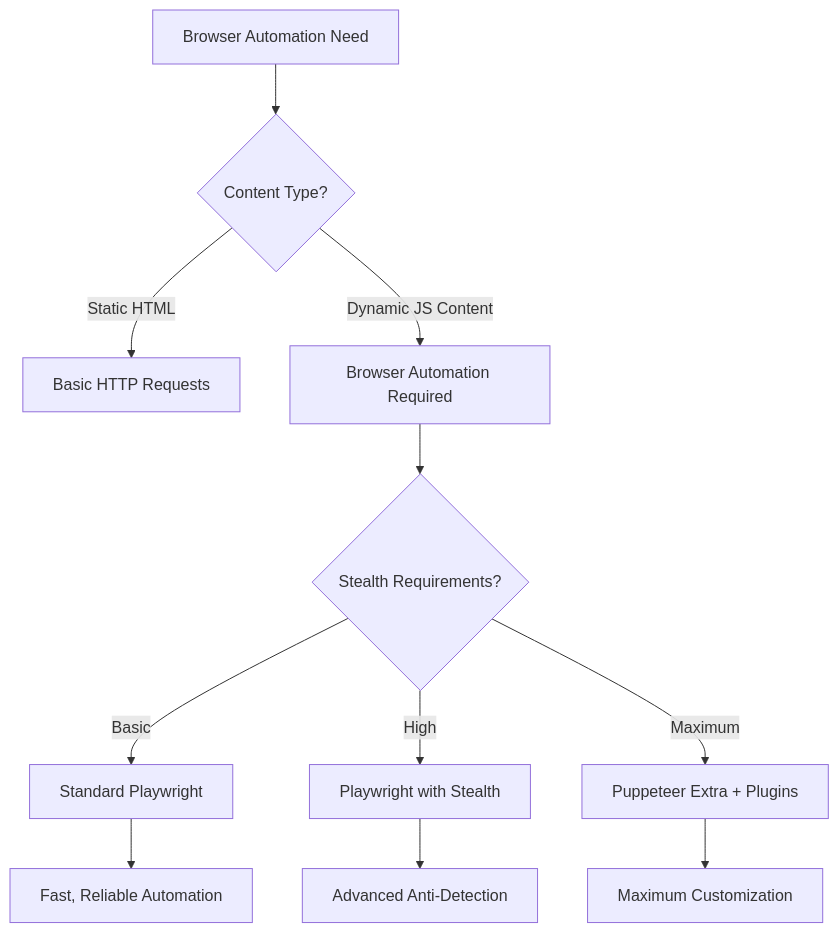
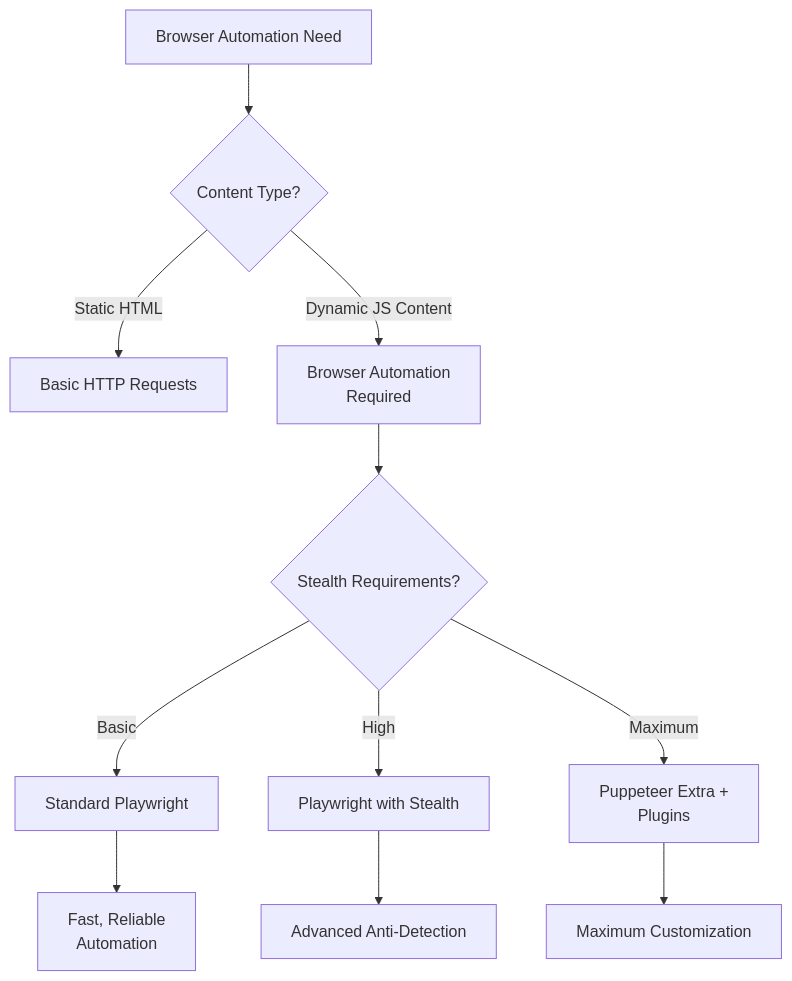
One commit to bytetunnels/bytetunnels.github.com changed the first of 3 diagrams in _posts/2025-05-02-playwright-puppeteer-extra-modern-browser-control.md. Above: the diagram before and after it, drawn with Mermaid. The commit also changed other lines of this file and 118 other files, not shown here.

Commit message:
feat: improve diagram styling and compact wide flowcharts

````diff
--- a/_posts/2025-05-02-playwright-puppeteer-extra-modern-browser-control.md
+++ b/_posts/2025-05-02-playwright-puppeteer-extra-modern-browser-control.md
@@ -21,13 +21,13 @@
 ```mermaid
 graph TD
     A[Browser Automation Need] --> B{Content Type?}
     B -->|Static HTML| C[Basic HTTP Requests]
-    B -->|Dynamic JS Content| D[Browser Automation Required]
+    B -->|Dynamic JS Content| D["Browser Automation<br/>Required"]
     D --> E{Stealth Requirements?}
     E -->|Basic| F[Standard Playwright]
     E -->|High| G[Playwright with Stealth]
-    E -->|Maximum| H[Puppeteer Extra + Plugins]
-    F --> I[Fast, Reliable Automation]
+    E -->|Maximum| H["Puppeteer Extra +<br/>Plugins"]
+    F --> I["Fast, Reliable<br/>Automation"]
     G --> J[Advanced Anti-Detection]
     H --> K[Maximum Customization]
 ```
````
